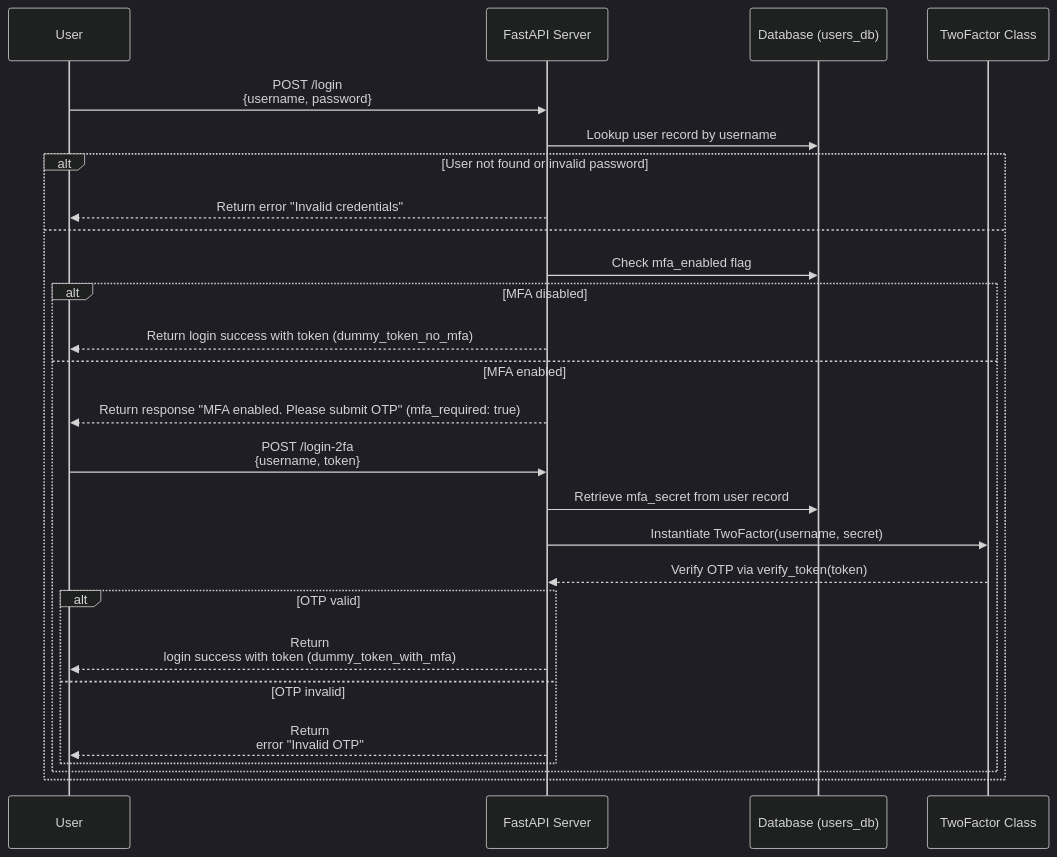
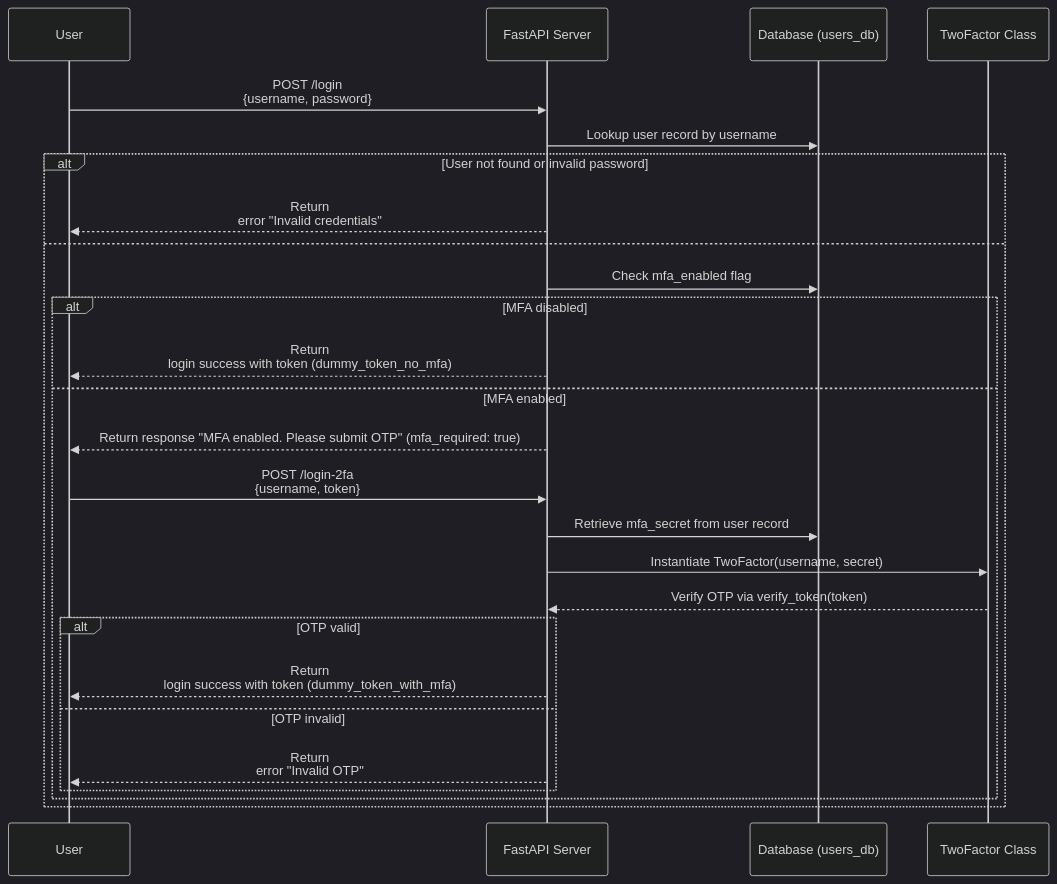
The second of 3 diagrams in README.md (agfianf/fastapi-2fa-minimal), drawn with Mermaid (dark theme) before and after one commit. The commit also changed other lines of this file, not shown here.

Commit message:
Fix formatting in README.md for error messages in 2FA flow

````diff
--- a/README.md
+++ b/README.md
@@ -59,29 +59,29 @@
     ```mermaid
     sequenceDiagram
         participant U as User
         participant S as FastAPI Server
         participant DB as Database (users_db)
         participant T as TwoFactor Class
 
         U->>S: POST /login <br>{username, password}
         S->>DB: Lookup user record by username
         alt User not found or invalid password
-            S-->>U: Return error "Invalid credentials"
+            S-->>U: Return <br>error "Invalid credentials"
         else
             S->>DB: Check mfa_enabled flag
             alt MFA disabled
-                S-->>U: Return login success with token (dummy_token_no_mfa)
+                S-->>U: Return <br>login success with token (dummy_token_no_mfa)
             else MFA enabled
                 S-->>U: Return response "MFA enabled. Please submit OTP" (mfa_required: true)
                 U->>S: POST /login-2fa <br>{username, token}
                 S->>DB: Retrieve mfa_secret from user record
                 S->>T: Instantiate TwoFactor(username, secret)
                 T-->>S: Verify OTP via verify_token(token)
                 alt OTP valid
-                    S-->>U: Return<br>login success with token (dummy_token_with_mfa)
+                    S-->>U: Return <br>login success with token (dummy_token_with_mfa)
                 else OTP invalid
-                    S-->>U: Return<br>error "Invalid OTP"
+                    S-->>U: Return <br>error "Invalid OTP"
                 end
             end
         end
     ```
````
